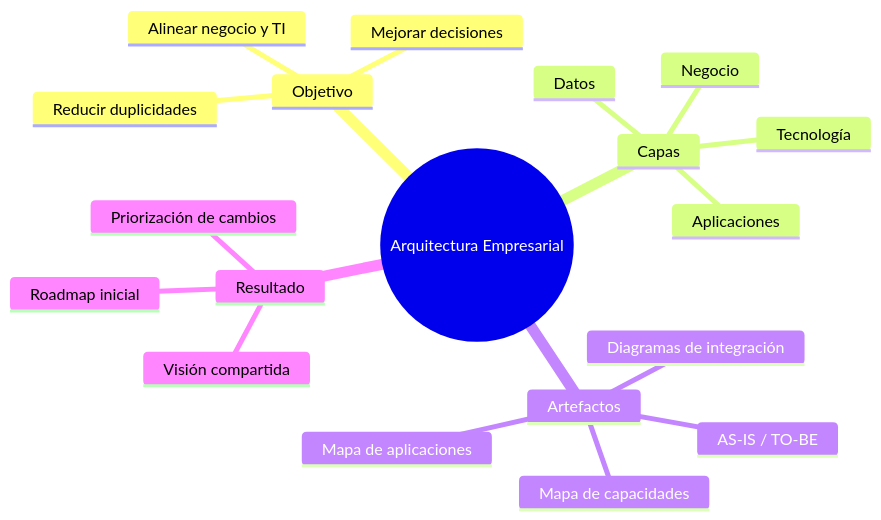
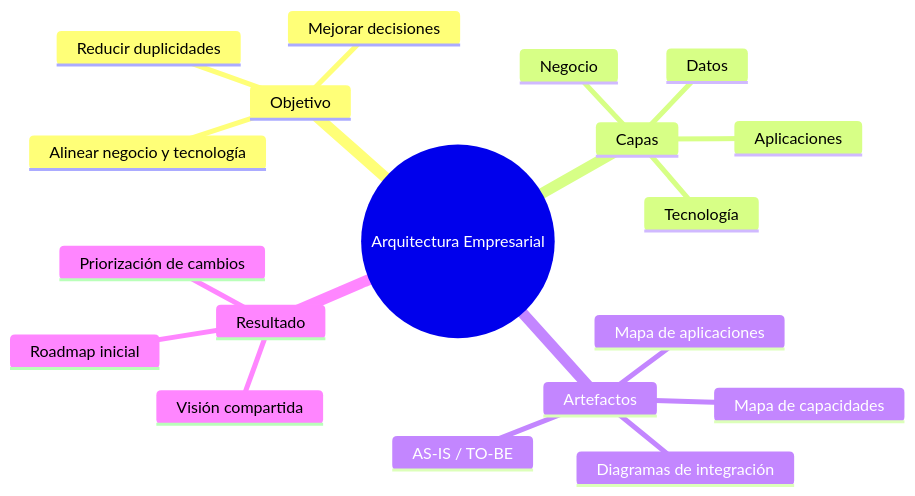
Before and after one commit to i-xarlos/isil-ing-sistemas: the second of 3 diagrams in docs/arq-empresarial/clase-02-graficos.md, drawn with Mermaid. The commit also changed other lines of this file and 1 other file, not shown here.

Commit message:
Docs: completar Clase 02 con resumen mejorado y gráficos Mermaid
Agent-Logs-Url: https://github.com/i-xarlos/isil-ing-sistemas/sessions/6b5b84cd-5c28-4f86-b24e-5554716ad1ee

````diff
--- a/docs/arq-empresarial/clase-02-graficos.md
+++ b/docs/arq-empresarial/clase-02-graficos.md
@@ -15,22 +15,22 @@
 ```mermaid
 mindmap
   root((Arquitectura Empresarial))
     Objetivo
-      Alinear negocio y TI
+      Alinear negocio y tecnología
       Reducir duplicidades
       Mejorar decisiones
     Capas
       Negocio
       Datos
       Aplicaciones
       Tecnología
     Artefactos
       Mapa de capacidades
       Mapa de aplicaciones
       Diagramas de integración
       AS-IS / TO-BE
     Resultado
       Visión compartida
       Priorización de cambios
       Roadmap inicial
 ```
````
